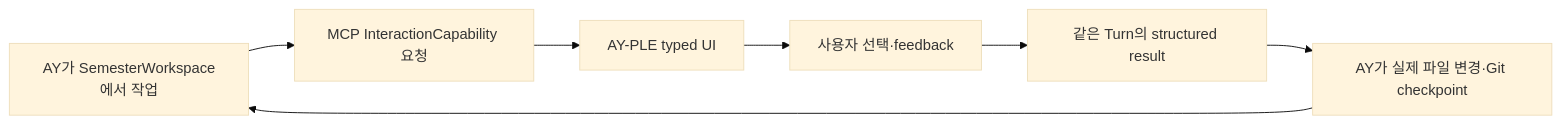
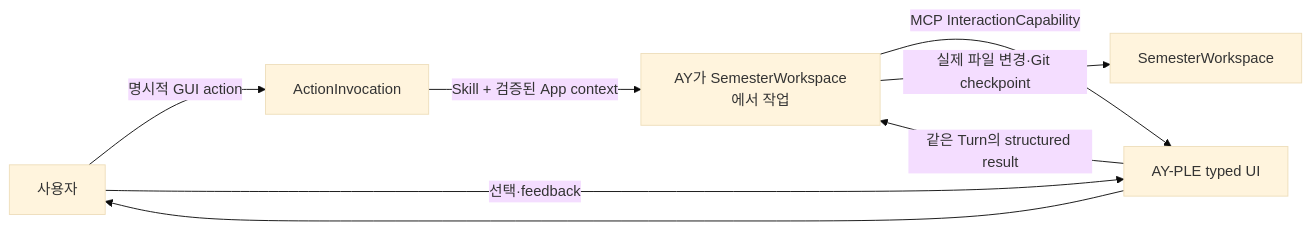
One commit to Mureung1/hub-showcase changed the diagram in docs/product/ay-ple-product-brief.md. Above: the diagram before and after it, drawn with Mermaid (base theme). The commit also changed other lines of this file and 20 other files, not shown here.

````diff
--- a/docs/product/ay-ple-product-brief.md
+++ b/docs/product/ay-ple-product-brief.md
@@ -23,9 +23,10 @@
 ```mermaid
 flowchart LR
-    A["AY가 SemesterWorkspace에서 작업"] --> B["MCP InteractionCapability 요청"]
-    B --> C["AY-PLE typed UI"]
-    C --> D["사용자 선택·feedback"]
-    D --> E["같은 Turn의 structured result"]
-    E --> F["AY가 실제 파일 변경·Git checkpoint"]
-    F --> A
+    U["사용자"] -->|"명시적 GUI action"| A["ActionInvocation"]
+    A -->|"Skill + 검증된 App context"| B["AY가 SemesterWorkspace에서 작업"]
+    B -->|"MCP InteractionCapability"| C["AY-PLE typed UI"]
+    C --> U
+    U -->|"선택·feedback"| C
+    C -->|"같은 Turn의 structured result"| B
+    B -->|"실제 파일 변경·Git checkpoint"| W["SemesterWorkspace"]
 ```
````
